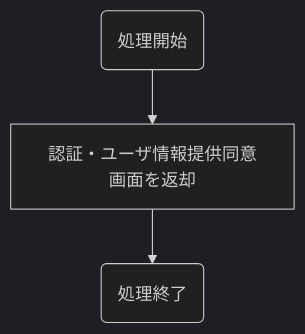
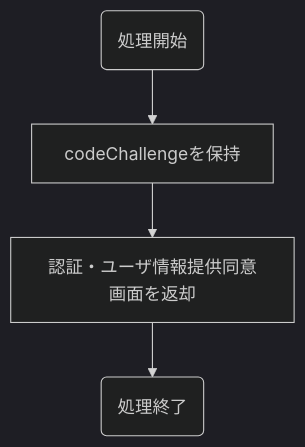
Before and after one commit to nob-islan/nob-openid-connect: the diagram in docs/business-flow/op/Authorization.md, drawn with Mermaid. The commit also changed 9 other files, not shown here.

````diff
--- a/docs/business-flow/op/Authorization.md
+++ b/docs/business-flow/op/Authorization.md
@@ -3,6 +3,7 @@
 ```mermaid
 %%{init:{'theme':'dark'}}%%
 graph TD;
-    A(処理開始) --> B[認証・ユーザ情報提供同意画面を返却]
-    B --> C(処理終了)
+    A(処理開始) --> B[codeChallengeを保持]
+    B --> C[認証・ユーザ情報提供同意画面を返却]
+    C --> D(処理終了)
 ```
````
